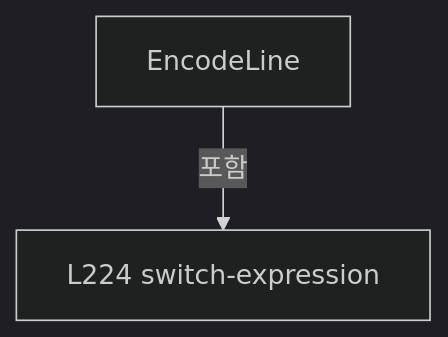
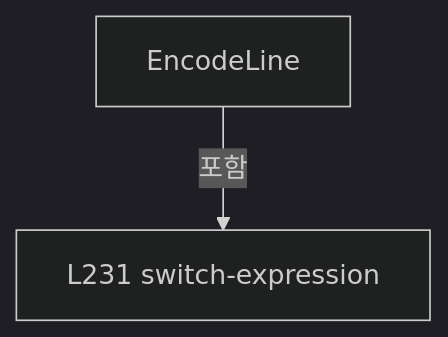
One commit to kjuws10-rgb/Shared changed the tenth of 11 diagrams in A3 LD Code Ref/files/Drilling.Common/Managers/CSettingManager.cs.md. Above: the diagram before and after it, drawn with Mermaid (dark theme). The commit also changed other lines of this file and 2071 other files, not shown here.

Commit message:
docs(a3): update 11.19.0 architecture and code reference

````diff
--- a/A3 LD Code Ref/files/Drilling.Common/Managers/CSettingManager.cs.md
+++ b/A3 LD Code Ref/files/Drilling.Common/Managers/CSettingManager.cs.md
@@ -1821,6 +1869,6 @@
 ```mermaid
 flowchart TD
  M["EncodeLine"]
- N0["L224 switch-expression"]
+ N0["L231 switch-expression"]
  M -->|포함| N0
 ```
````
